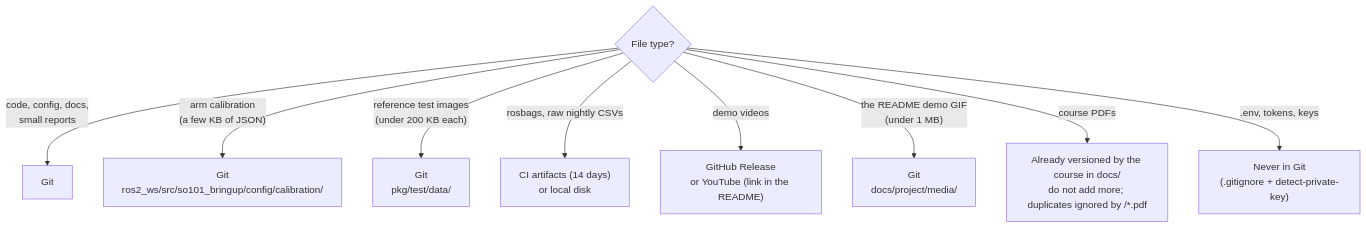
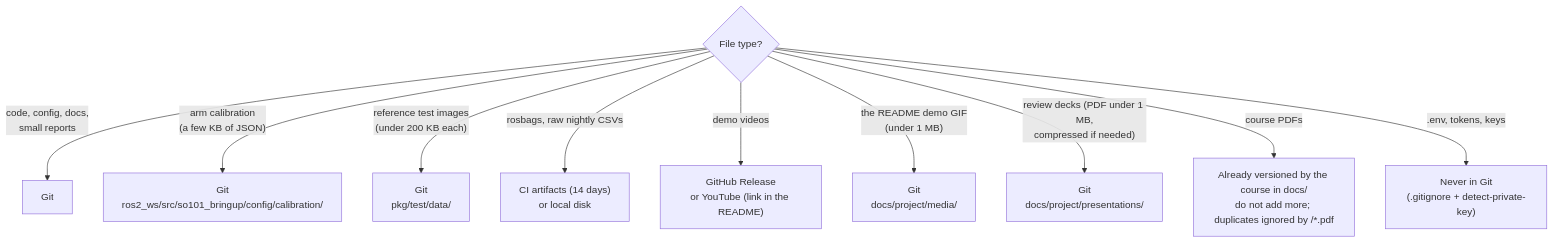
The fifth of 7 diagrams in docs/project/15_repository_hygiene.md (FoxaxeWasTaken/Robotics), drawn with Mermaid before and after one commit. The commit also changed other lines of this file and 4 other files, not shown here.

````diff
--- a/docs/project/15_repository_hygiene.md
+++ b/docs/project/15_repository_hygiene.md
@@ -179,12 +179,13 @@
 ```mermaid
 flowchart TD
   Q{"File type?"}
   Q -- "code, config, docs,<br/>small reports" --> G["Git"]
   Q -- "arm calibration<br/>(a few KB of JSON)" --> G2["Git<br/>ros2_ws/src/so101_bringup/config/calibration/"]
   Q -- "reference test images<br/>(under 200 KB each)" --> G3["Git<br/>pkg/test/data/"]
   Q -- "rosbags, raw nightly CSVs" --> A["CI artifacts (14 days)<br/>or local disk"]
   Q -- "demo videos" --> V["GitHub Release<br/>or YouTube (link in the README)"]
   Q -- "the README demo GIF<br/>(under 1 MB)" --> G4["Git<br/>docs/project/media/"]
+  Q -- "review decks (PDF under 1 MB,<br/>compressed if needed)" --> G5["Git<br/>docs/project/presentations/"]
   Q -- "course PDFs" --> N["Already versioned by the course in docs/<br/>do not add more; duplicates ignored by /*.pdf"]
   Q -- ".env, tokens, keys" --> S["Never in Git<br/>(.gitignore + detect-private-key)"]
 ```
````
